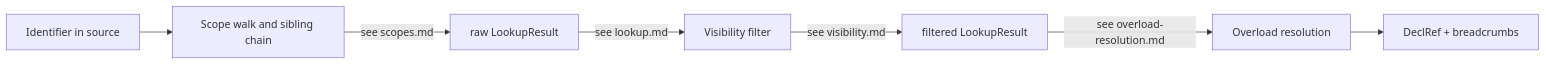
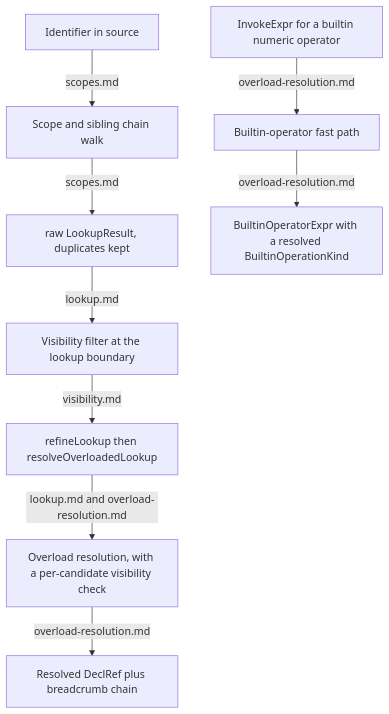
One commit to shader-slang/slang changed the diagram in docs/generated/design/name-resolution/index.md. Above: the diagram before and after it, drawn with Mermaid. The commit also changed other lines of this file and 176 other files, not shown here.

````diff
--- a/docs/generated/design/name-resolution/index.md
+++ b/docs/generated/design/name-resolution/index.md
@@ -47,16 +59,21 @@
 ```mermaid
-flowchart LR
+flowchart TD
   ident["Identifier in source"]
-  scopeWalk["Scope walk and sibling chain"]
-  raw["raw LookupResult"]
-  visFilter["Visibility filter"]
-  filtered["filtered LookupResult"]
-  overload["Overload resolution"]
-  ranked["DeclRef + breadcrumbs"]
-  ident --> scopeWalk
-  scopeWalk -->|"see scopes.md"| raw
-  raw -->|"see lookup.md"| visFilter
-  visFilter -->|"see visibility.md"| filtered
-  filtered -->|"see overload-resolution.md"| overload
-  overload --> ranked
+  scopeWalk["Scope and sibling chain walk"]
+  raw["raw LookupResult, duplicates kept"]
+  visFilter["Visibility filter at the lookup boundary"]
+  narrow["refineLookup then resolveOverloadedLookup"]
+  overload["Overload resolution, with a per-candidate visibility check"]
+  ranked["Resolved DeclRef plus breadcrumb chain"]
+  invoke["InvokeExpr for a builtin numeric operator"]
+  fast["Builtin-operator fast path"]
+  builtin["BuiltinOperatorExpr with a resolved BuiltinOperationKind"]
+  ident -->|"scopes.md"| scopeWalk
+  scopeWalk -->|"scopes.md"| raw
+  raw -->|"lookup.md"| visFilter
+  visFilter -->|"visibility.md"| narrow
+  narrow -->|"lookup.md and overload-resolution.md"| overload
+  overload -->|"overload-resolution.md"| ranked
+  invoke -->|"overload-resolution.md"| fast
+  fast -->|"overload-resolution.md"| builtin
 ```
````
